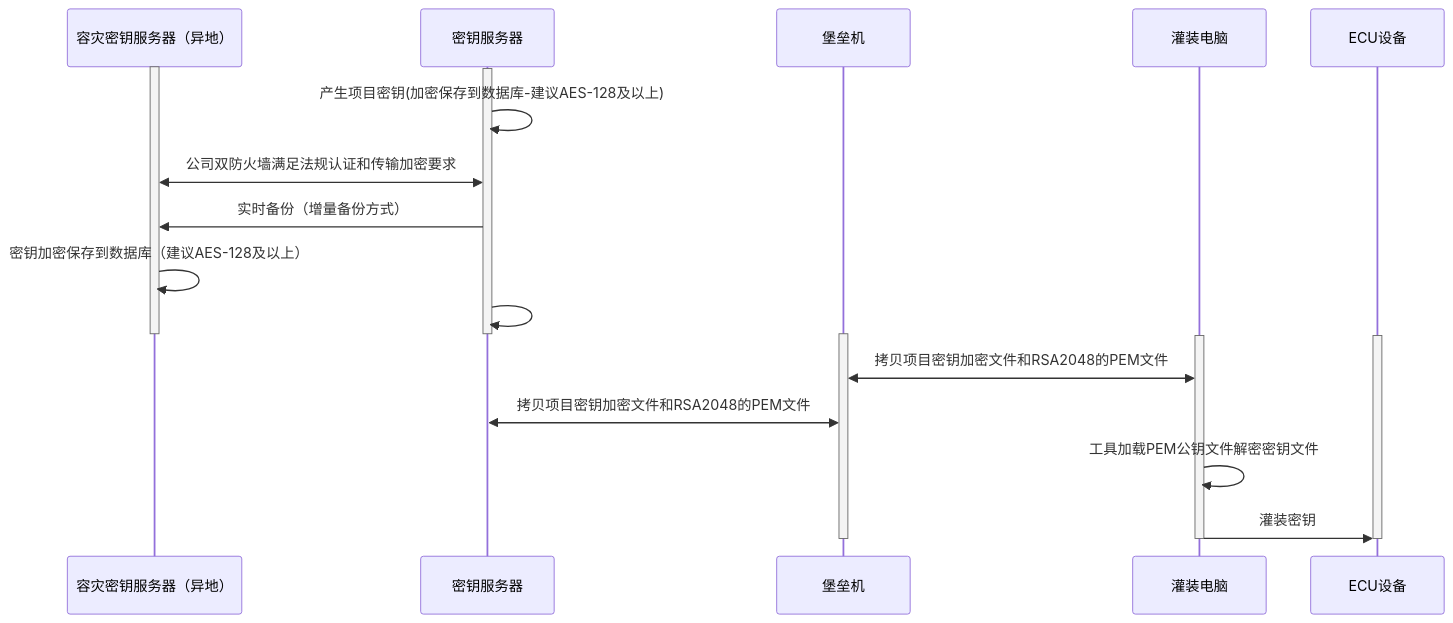
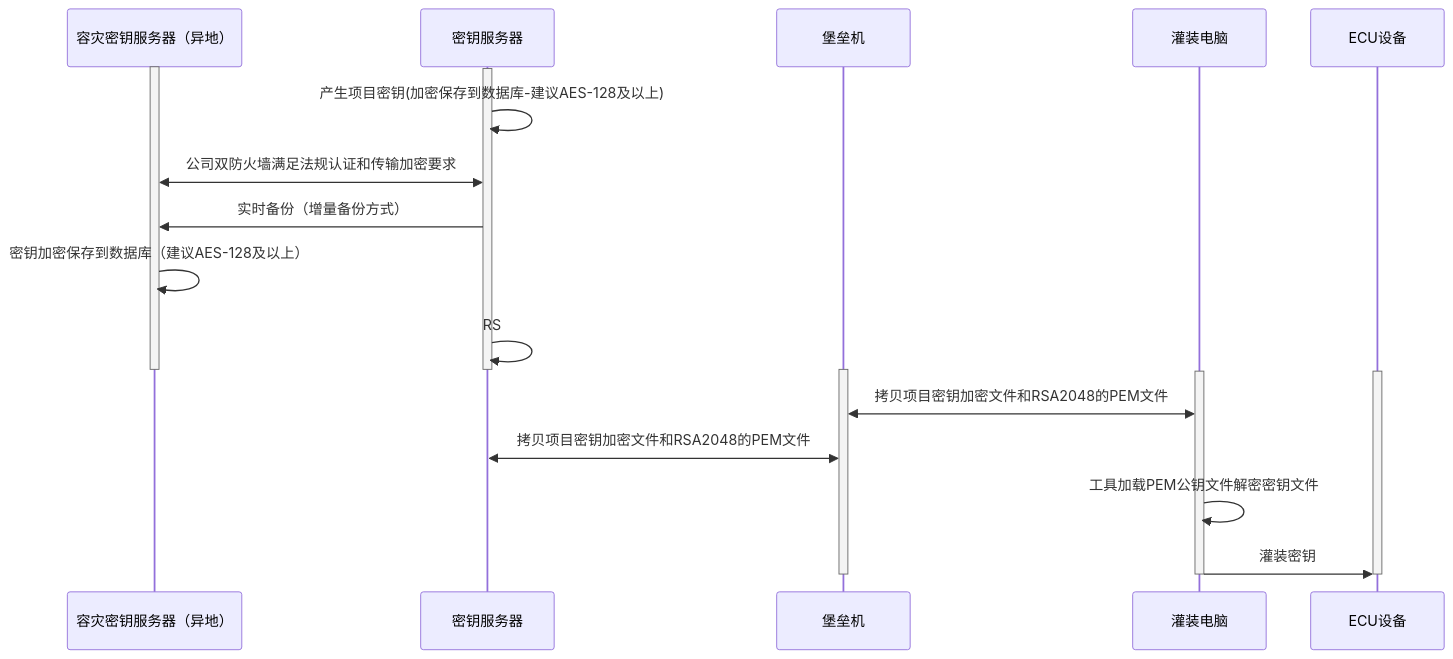
Before and after one commit to facebook-cloud/iodraw-files: the diagram in all/未命名-15.md, drawn with Mermaid.

Commit message:
2026-02-07 14:06:34 update

````diff
--- a/all/未命名-15.md
+++ b/all/未命名-15.md
@@ -1,31 +1,31 @@
 ```mermaid
 sequenceDiagram
     participant A as 容灾密钥服务器（异地）
     participant B as 密钥服务器
     participant C as 堡垒机
     participant D as 灌装电脑
     participant E as ECU设备
 
     activate A
     activate B
     B->>B: 产生项目密钥(加密保存到数据库-建议AES-128及以上)
     A<<->>B: 公司双防火墙满足法规认证和传输加密要求
     B->>A: 实时备份（增量备份方式）
     A->>A: 密钥加密保存到数据库（建议AES-128及以上）
-    B->>B: 
+    B->>B: RS
     deactivate B
     deactivate A
 
     activate C
     activate D
     activate E
 
     D<<->>C: 拷贝项目密钥加密文件和RSA2048的PEM文件
     C<<->>B: 拷贝项目密钥加密文件和RSA2048的PEM文件
     D->>D:工具加载PEM公钥文件解密密钥文件
     D->>E: 灌装密钥
     deactivate C
     deactivate D
     deactivate E
 
 ```
````
